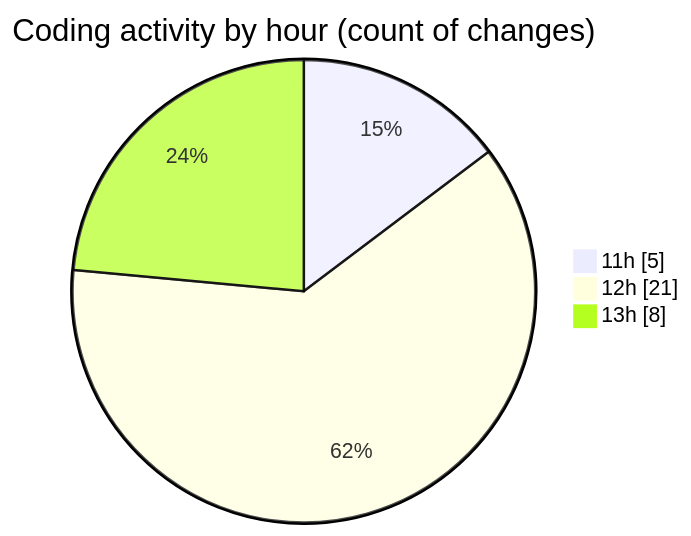
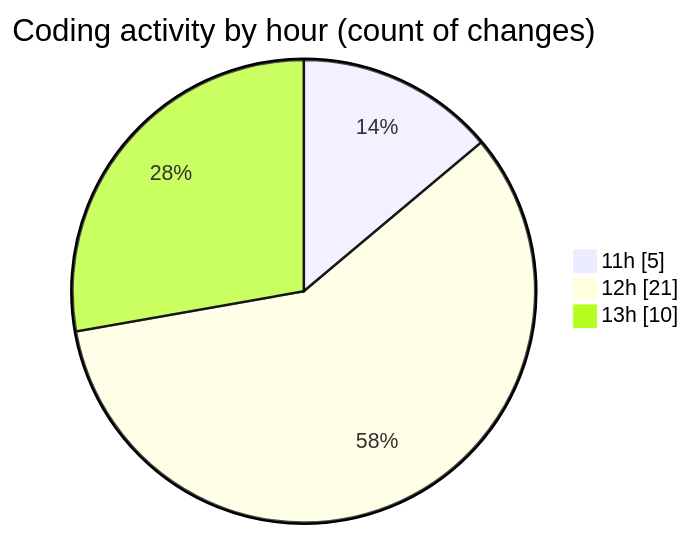
Before and after one commit to Elitesun/code-tracking: the second of 2 diagrams in 2025-03-11/projet_stage/README.md, drawn with Mermaid. The commit also changed other lines of this file and 1 other file, not shown here.

````diff
--- a/2025-03-11/projet_stage/README.md
+++ b/2025-03-11/projet_stage/README.md
@@ -38,7 +39,7 @@
 ```mermaid
 pie showData
 title Coding activity by hour (count of changes)
 "11h" : 5
 "12h" : 21
-"13h" : 8
+"13h" : 10
 ```
````
